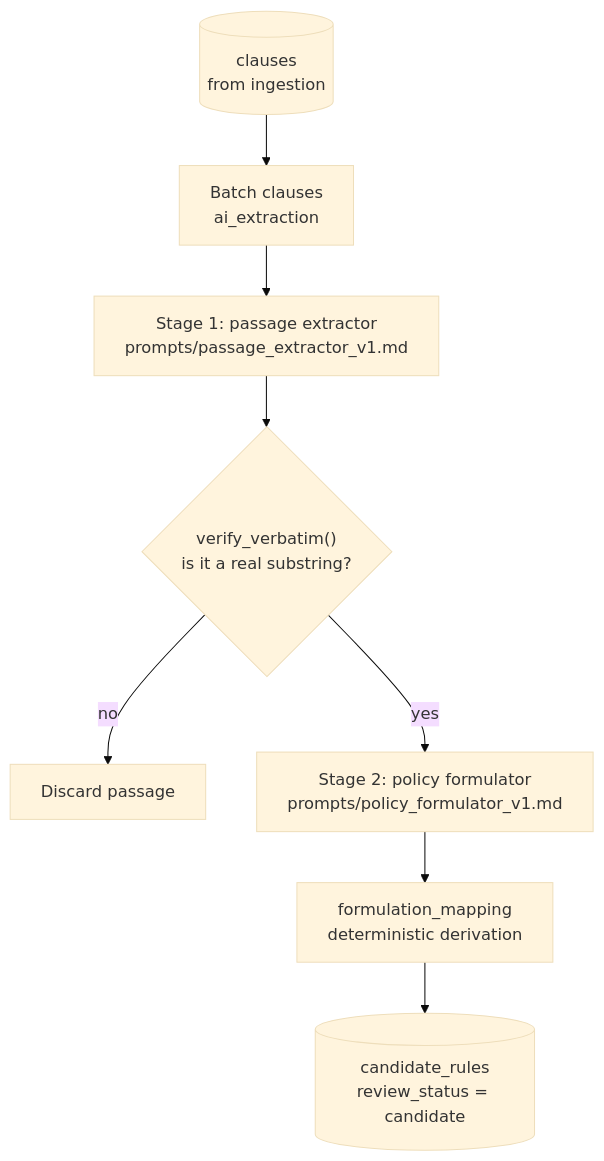
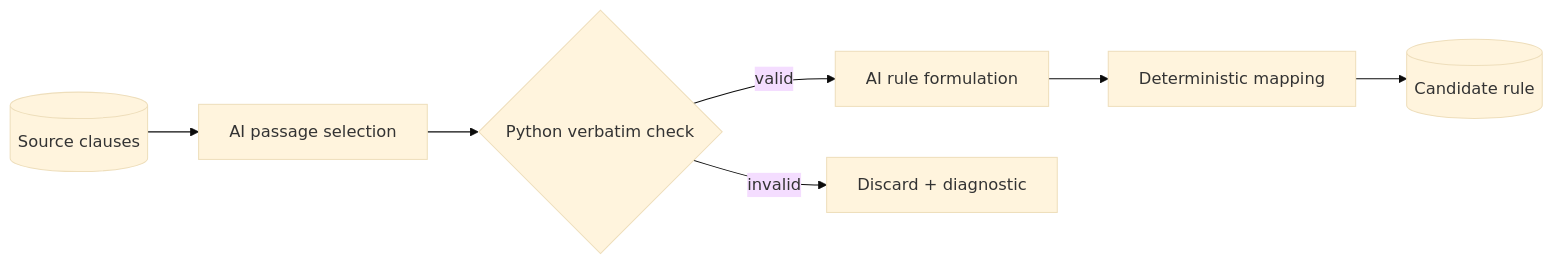
The diagram in docs/ai-assistance.md (taomar/policy-governance-engine), drawn with Mermaid (base theme) before and after one commit. The commit also changed other lines of this file and 8 other files, not shown here.

````diff
--- a/docs/ai-assistance.md
+++ b/docs/ai-assistance.md
@@ -83,10 +38,13 @@
 ```mermaid
-flowchart TD
-    C[("clauses<br/>from ingestion")] --> B["Batch clauses<br/>ai_extraction"]
-    B --> S1["Stage 1: passage extractor<br/>prompts/passage_extractor_v1.md"]
-    S1 --> V{"verify_verbatim()<br/>is it a real substring?"}
-    V -- no --> Drop["Discard passage"]
-    V -- yes --> S2["Stage 2: policy formulator<br/>prompts/policy_formulator_v1.md"]
-    S2 --> M["formulation_mapping<br/>deterministic derivation"]
-    M --> CR[("candidate_rules<br/>review_status = candidate")]
+flowchart LR
+    Clauses[("Source clauses")]
+    Select["AI passage selection"]
+    Verify{"Python verbatim check"}
+    Formulate["AI rule formulation"]
+    Map["Deterministic mapping"]
+    Candidate[("Candidate rule")]
+
+    Clauses --> Select --> Verify
+    Verify -- valid --> Formulate --> Map --> Candidate
+    Verify -- invalid --> Drop["Discard + diagnostic"]
 ```
````
